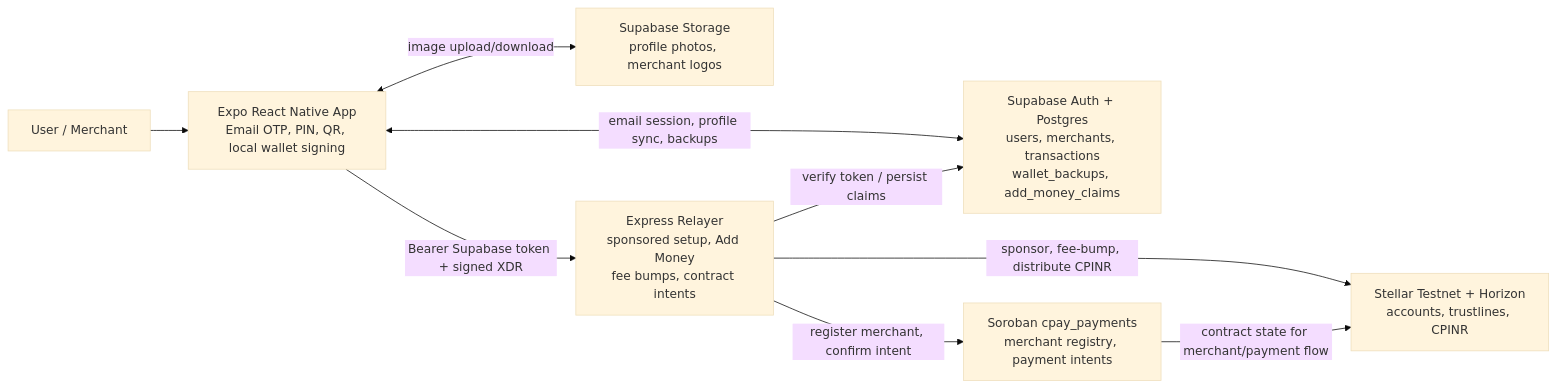
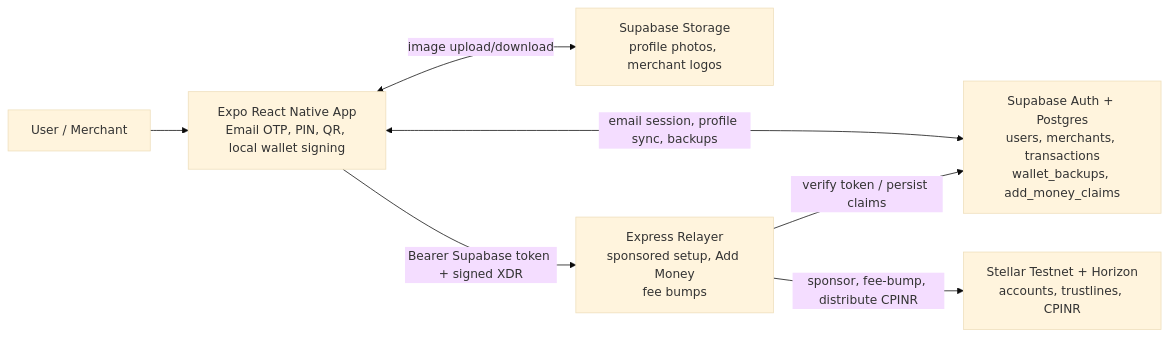
Before and after one commit to Soumen1080/C-Pay: the first of 2 diagrams in README.md, drawn with Mermaid (base theme). The commit also changed other lines of this file and 15 other files, not shown here.

First line of the commit message:
refactor(blockchain): delete Soroban contract and deployment tooling

````diff
--- a/README.md
+++ b/README.md
@@ -375,19 +366,16 @@
 ```mermaid
 flowchart LR
     user["User / Merchant"]
     app["Expo React Native App<br/>Email OTP, PIN, QR, local wallet signing"]
     supabase["Supabase Auth + Postgres<br/>users, merchants, transactions<br/>wallet_backups, add_money_claims"]
     storage["Supabase Storage<br/>profile photos, merchant logos"]
-    relayer["Express Relayer<br/>sponsored setup, Add Money<br/>fee bumps, contract intents"]
+    relayer["Express Relayer<br/>sponsored setup, Add Money<br/>fee bumps"]
     stellar["Stellar Testnet + Horizon<br/>accounts, trustlines, CPINR"]
-    soroban["Soroban cpay_payments<br/>merchant registry, payment intents"]
 
     user --> app
     app <-->|email session, profile sync, backups| supabase
     app <-->|image upload/download| storage
     app -->|Bearer Supabase token + signed XDR| relayer
     relayer -->|verify token / persist claims| supabase
     relayer -->|sponsor, fee-bump, distribute CPINR| stellar
-    relayer -->|register merchant, confirm intent| soroban
-    soroban -->|contract state for merchant/payment flow| stellar
 ```
````
